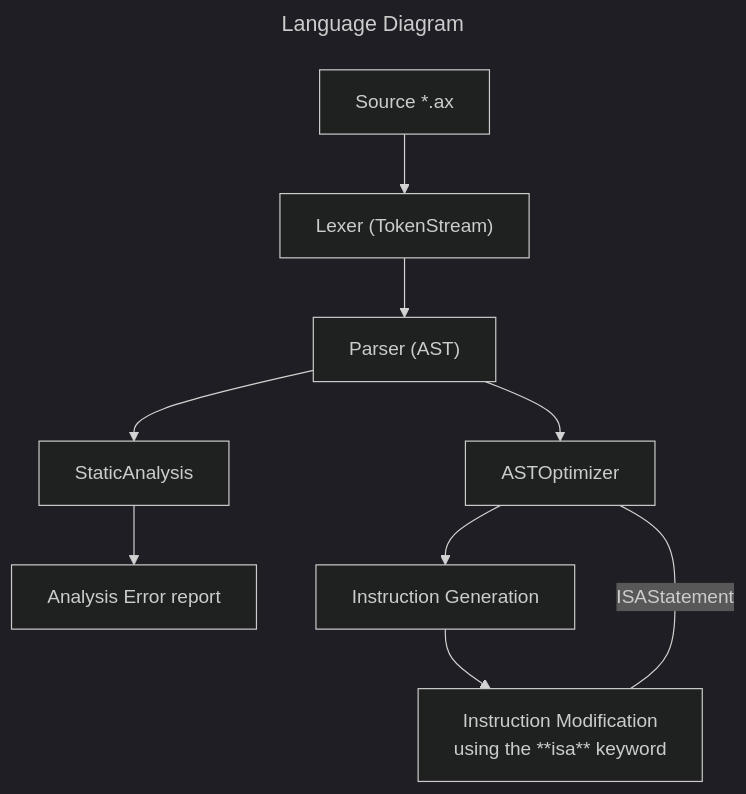
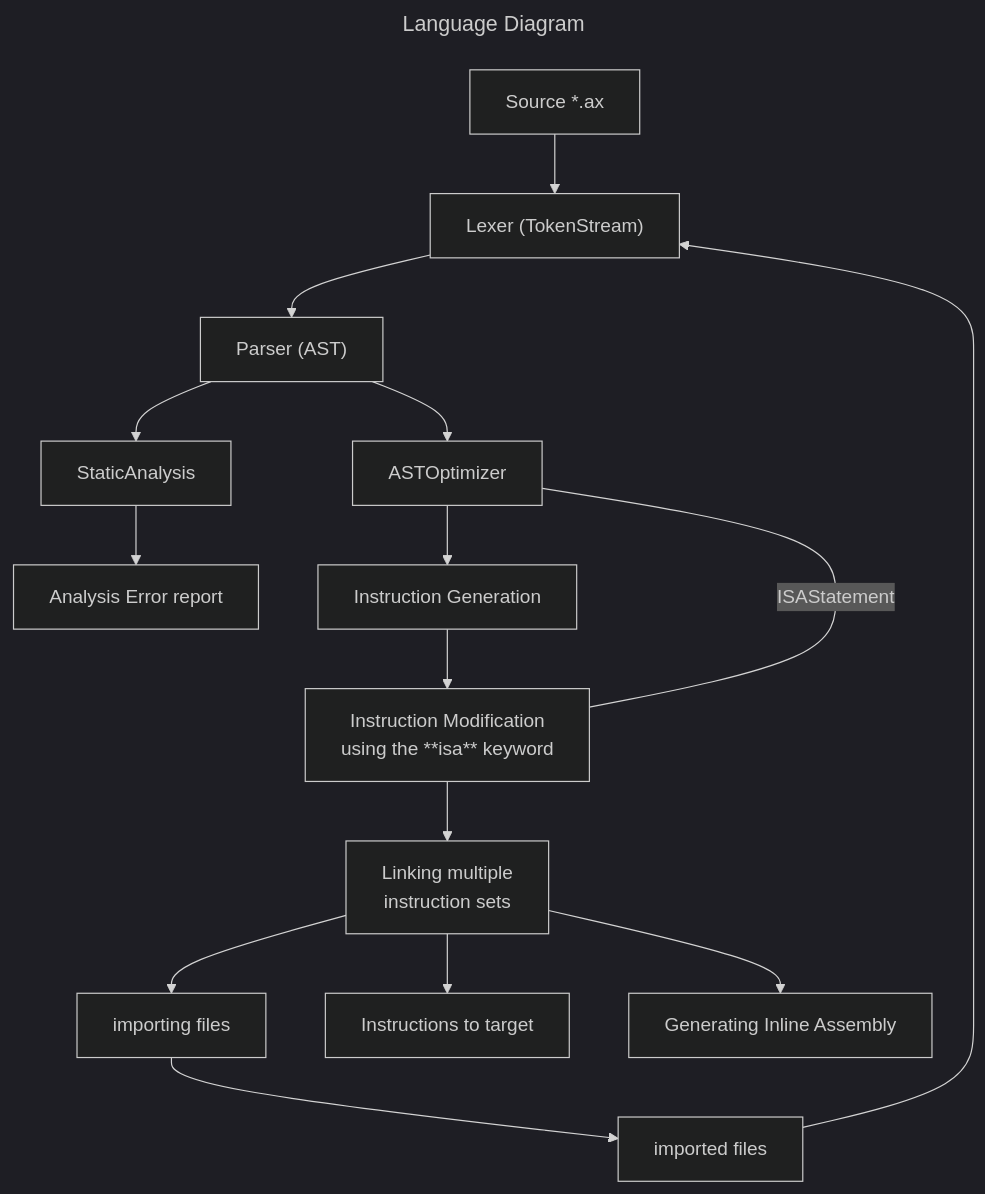
Before and after one commit to u64lisa/axiol-language: the diagram in README.MD, drawn with Mermaid (dark theme).

````diff
--- a/README.MD
+++ b/README.MD
@@ -15,24 +15,36 @@
 ```mermaid
 ---
 title: Language Diagram
 ---
 graph TD;
     source["Source *.ax"]
     lexer["Lexer (TokenStream)"]
     source --> lexer
     parser["Parser (AST)"]
     lexer --> parser
     analysis["StaticAnalysis"]
     error_stage_1["Analysis Error report"]
     analysis --> error_stage_1
     optimising["ASTOptimizer"]
     parser --> analysis
     parser --> optimising    
     instructionGen["Instruction Generation"]
     optimising --> instructionGen
     instructionModification["Instruction Modification
     using the **isa** keyword"]
     instructionGen --> instructionModification
     optimising-- ISAStatement ---instructionModification
+    linker["Linking multiple
+    instruction sets"]
+    instructionModification --> linker
+    importingLogic["importing files"]
+    importedSources["imported files"]
+    linker --> importingLogic
+    importingLogic --> importedSources
+    importedSources --> lexer;
+    compiler["Instructions to target"]
+    inlineASM["Generating Inline Assembly"]
+    linker --> inlineASM
+    linker --> compiler
     
 ```
````
